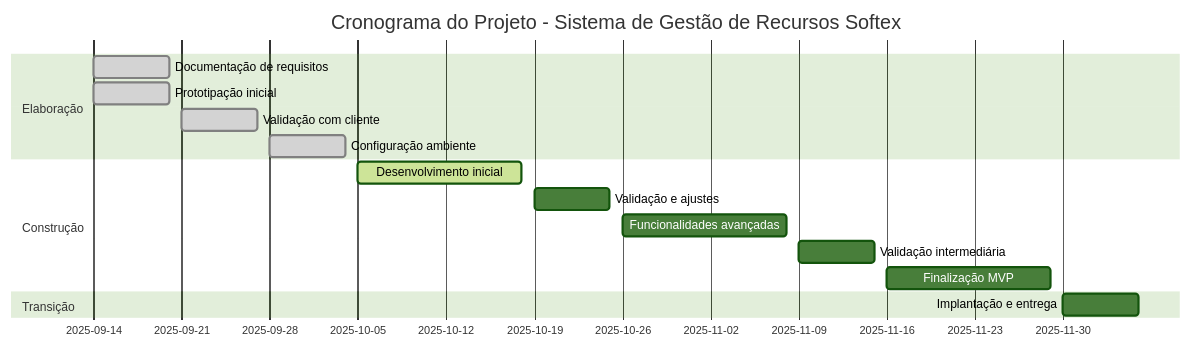
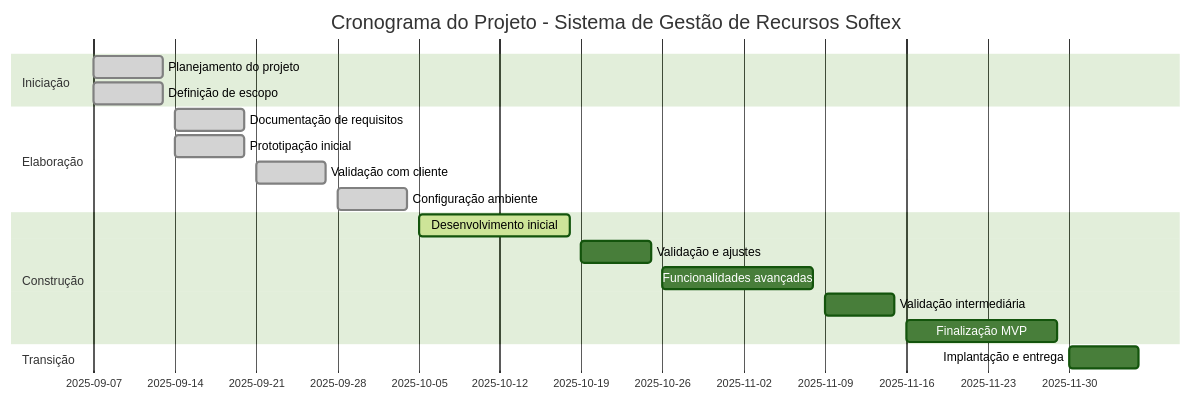
The diagram in docs/cronograma-entregas.md (mdsreq-fga-unb/REQ-2025.2-T01-Softex), drawn with Mermaid (forest theme) before and after one commit. The commit also changed other lines of this file, not shown here.

Commit message:
Adicionar fase de iniciação e melhorar cronograma profissional

````diff
--- a/docs/cronograma-entregas.md
+++ b/docs/cronograma-entregas.md
@@ -15,18 +15,21 @@
 ```mermaid
 gantt
     title Cronograma do Projeto - Sistema de Gestão de Recursos Softex
     dateFormat  YYYY-MM-DD
+    section Iniciação
+    Planejamento do projeto      :done, init1, 2025-09-07, 2025-09-13
+    Definição de escopo          :done, init2, 2025-09-07, 2025-09-13
     section Elaboração
-    Documentação de requisitos    :done, req, 2025-09-14, 2025-09-20
+    Documentação de requisitos   :done, req, 2025-09-14, 2025-09-20
     Prototipação inicial         :done, proto, 2025-09-14, 2025-09-20
     Validação com cliente        :done, val, 2025-09-21, 2025-09-27
     Configuração ambiente        :done, env, 2025-09-28, 2025-10-04
     section Construção
     Desenvolvimento inicial      :active, dev1, 2025-10-05, 2025-10-18
     Validação e ajustes          :dev2, 2025-10-19, 2025-10-25
     Funcionalidades avançadas    :dev3, 2025-10-26, 2025-11-08
     Validação intermediária      :dev4, 2025-11-09, 2025-11-15
     Finalização MVP              :dev5, 2025-11-16, 2025-11-29
     section Transição
     Implantação e entrega        :trans, 2025-11-30, 2025-12-06
 ```
````
